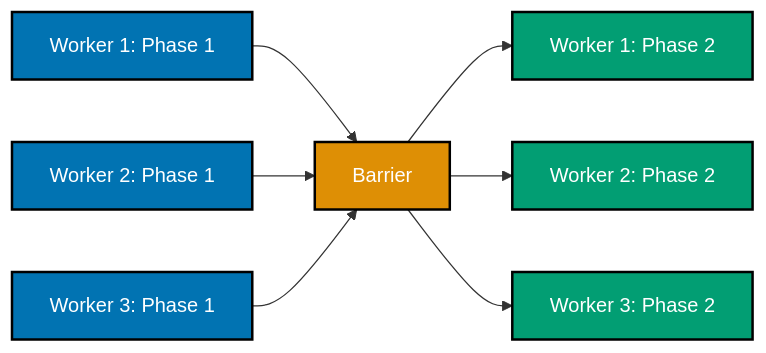
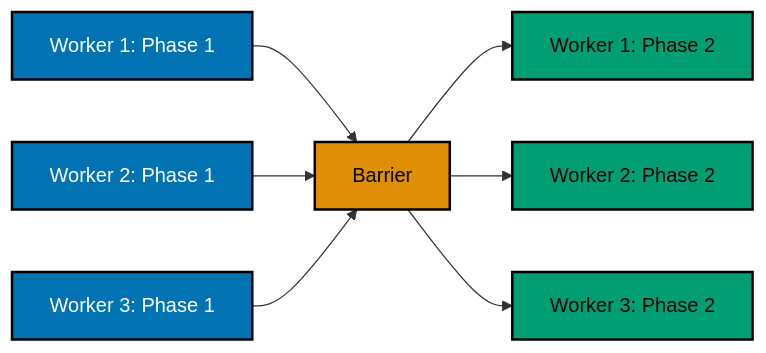
One commit to wahidyankf/ose-public changed the seventh of 15 diagrams in apps/ayokoding-www/content/en/learn/courses/concurrency-and-parallelism/learning/advanced.md. Above: the diagram before and after it, drawn with Mermaid. The commit also changed other lines of this file and 144 other files, not shown here.

First line of the commit message:
fix(mermaid): bring the first half of the courses diagrams onto the accessible palette

````diff
--- a/apps/ayokoding-www/content/en/learn/courses/concurrency-and-parallelism/learning/advanced.md
+++ b/apps/ayokoding-www/content/en/learn/courses/concurrency-and-parallelism/learning/advanced.md
@@ -2024,14 +2042,17 @@
 ```mermaid
 %% Color Palette: Blue #0173B2, Orange #DE8F05, Teal #029E73, Purple #CC78BC
 flowchart LR
+    accTitle: Example 75: A Barrier Synchronizes Phased Parallel Computation
+    accDescr: Flowchart with 7 nodes and 6 connections. Nodes: Worker 1: Phase 1, Barrier, Worker 2: Phase 1, Worker 3: Phase 1, Worker 1: Phase 2, Worker 2: Phase 2, Worker 3: Phase 2. Connections: Worker 1: Phase 1 to Barrier, Worker 2: Phase 1 to Barrier, Worker 3: Phase 1 to Barrier, Barrier to Worker 1: Phase 2, Barrier to Worker 2: Phase 2, Barrier to Worker 3: Phase 2.
     P1A["Worker 1: Phase 1"]:::blue --> Bar["Barrier"]:::orange
     P1B["Worker 2: Phase 1"]:::blue --> Bar
     P1C["Worker 3: Phase 1"]:::blue --> Bar
     Bar --> P2A["Worker 1: Phase 2"]:::teal
     Bar --> P2B["Worker 2: Phase 2"]:::teal
     Bar --> P2C["Worker 3: Phase 2"]:::teal
 
     classDef blue fill:#0173B2,stroke:#000000,color:#FFFFFF,stroke-width:2px
-    classDef orange fill:#DE8F05,stroke:#000000,color:#FFFFFF,stroke-width:2px
-    classDef teal fill:#029E73,stroke:#000000,color:#FFFFFF,stroke-width:2px
+    classDef orange fill:#DE8F05,stroke:#000000,color:#000000,stroke-width:2px
+    classDef teal fill:#029E73,stroke:#000000,color:#000000,stroke-width:2px
+    classDef default fill:#FFFFFF,stroke:#000000,color:#000000
 ```
````
